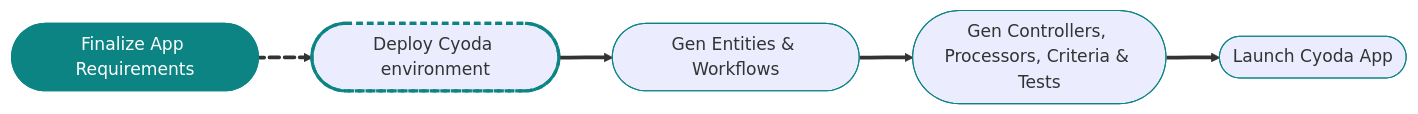
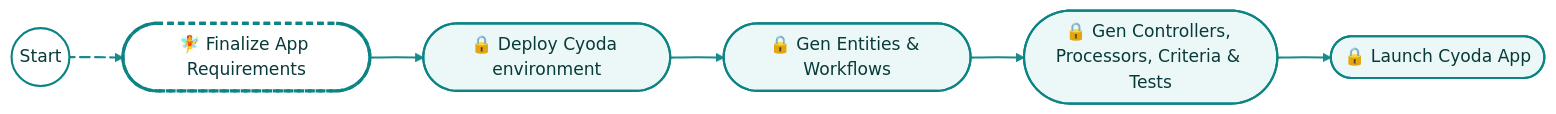
One commit to Cyoda-platform/ai-assistant changed the diagram in workflow_configs/messages/ask_about_api_063f/message.md. Above: the diagram before and after it, drawn with Mermaid. The commit also changed 24 other files, not shown here.

````diff
--- a/workflow_configs/messages/ask_about_api_063f/message.md
+++ b/workflow_configs/messages/ask_about_api_063f/message.md
@@ -4,15 +4,22 @@
 ```mermaid
+%%{init: {'theme':'base','themeVariables':{
+  'primaryColor':'#ECF8F8','primaryTextColor':'#083A3A','primaryBorderColor':'#0D8484',
+  'lineColor':'#0D8484','fontFamily':'Inter, Arial, sans-serif','edgeLabelBackground':'#FFFFFF'
+}}}%%
 graph LR
-    A([Finalize App Requirements]):::done e1@
-    ==> B([Deploy Cyoda environment]):::next
-    B e2@ ==> C([Gen Entities & Workflows]):::bar
-    C e3@ ==> D([Gen Controllers, Processors, Criteria & Tests]):::bar
-    D e4@ ==> E([Launch Cyoda App]):::bar
+    S((Start)):::start e0@ ==> A([🧚 Finalize App Requirements]):::next
+    A e1@ ==> B([🔒 Deploy Cyoda environment]):::bar
+    B e2@ ==> C([🔒 Gen Entities & Workflows]):::bar
+    C e3@ ==> D([🔒 Gen Controllers, Processors, Criteria & Tests]):::bar
+    D e4@ ==> E([🔒 Launch Cyoda App]):::bar
 
-    %% animate the transition to the next step
-    e1@{ animate: true }
+    %% animate incoming to the next step (A)
+    e0@{ animate: true }
 
-    classDef bar stroke:#0D8484
-    classDef done fill:#0D8484,stroke:#0D8484,color:#fff
-    classDef next stroke:#0D8484,stroke-width:3px,stroke-dasharray:6 4
+    classDef start fill:#FFFFFF,stroke:#0D8484,stroke-width:2px,color:#083A3A
+    classDef bar   fill:#ECF8F8,stroke:#0D8484,stroke-width:2px,rx:12,ry:12,color:#083A3A
+    classDef done  fill:#0D8484,stroke:#0D8484,stroke-width:2px,rx:12,ry:12,color:#FFFFFF
+    classDef next  fill:#FFFFFF,stroke:#0D8484,stroke-width:3px,stroke-dasharray:6 4,rx:12,ry:12,color:#083A3A
+    linkStyle default stroke:#0D8484,stroke-width:2px,opacity:0.95
+
 ```
````
